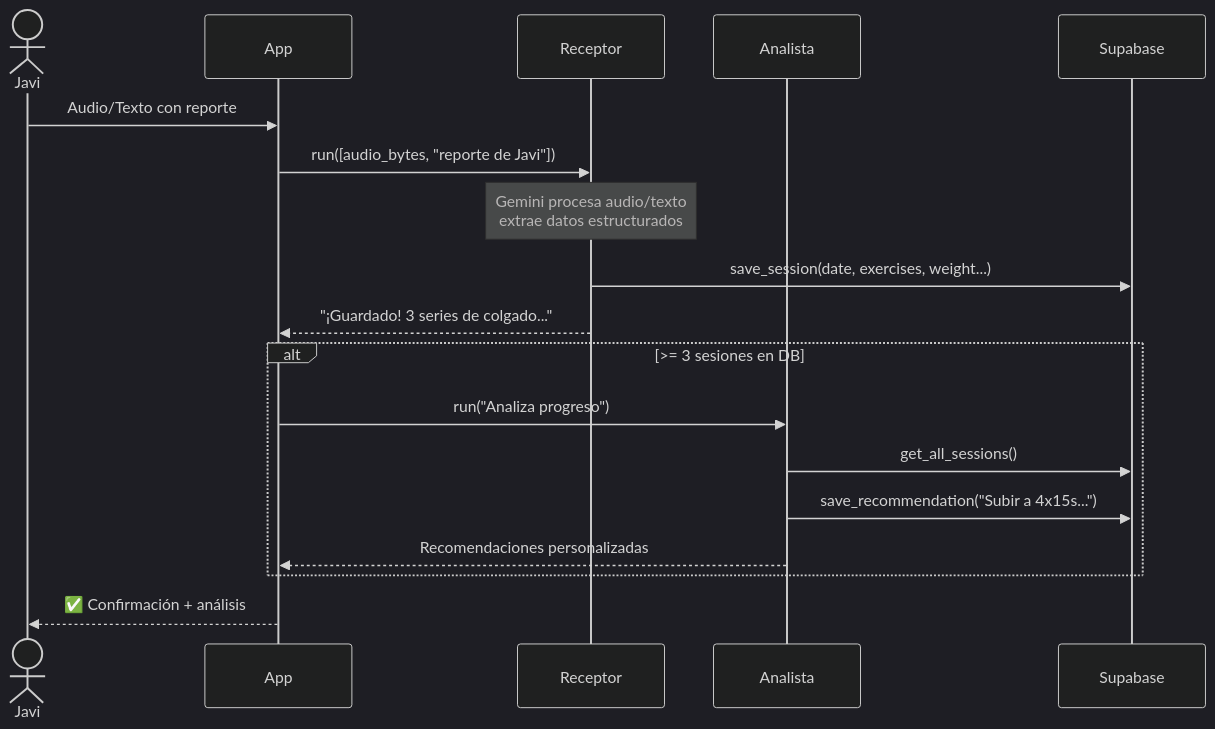
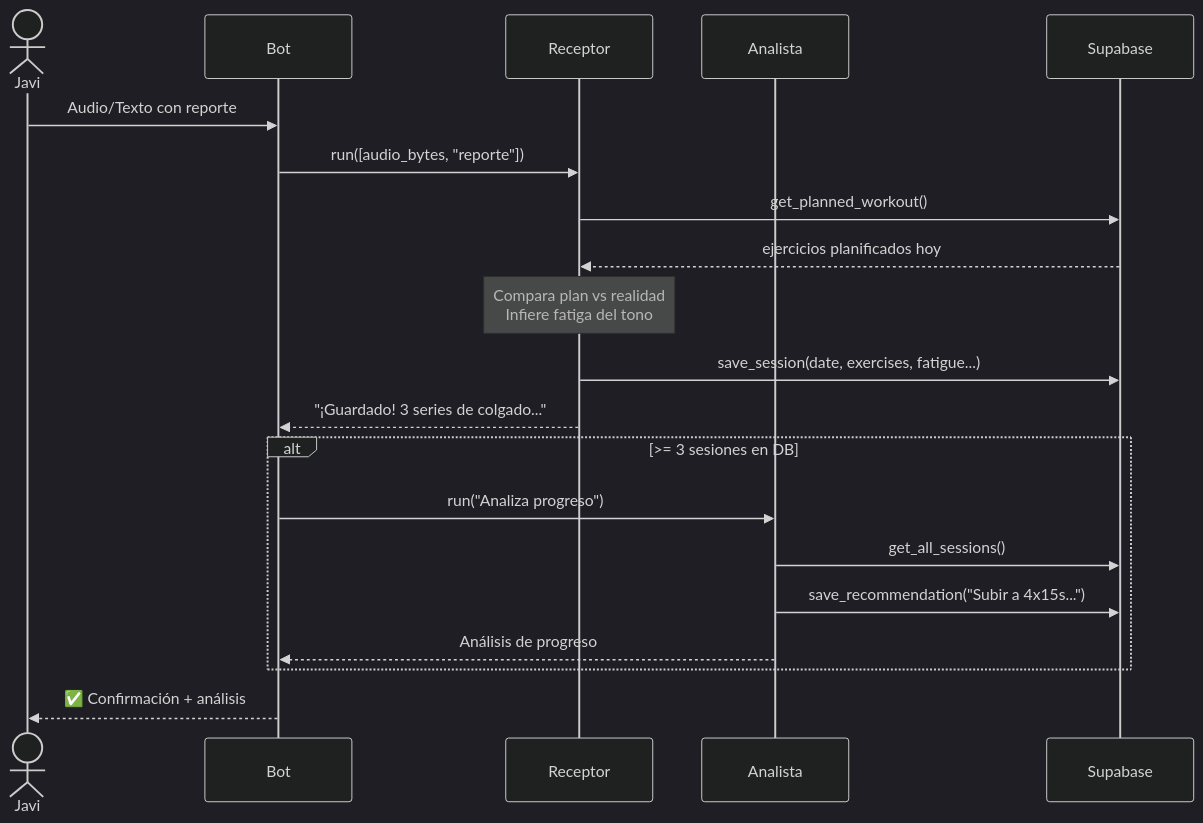
The third of 3 diagrams in README.md (JavierRubio4U/calistenia), drawn with Mermaid (dark theme) before and after one commit. The commit also changed other lines of this file and 14 other files, not shown here.

````diff
--- a/README.md
+++ b/README.md
@@ -118,23 +158,25 @@
 ```mermaid
 sequenceDiagram
     actor Javi
-    participant App
+    participant Bot
     participant Receptor
     participant Analista
     participant Supabase
 
-    Javi->>App: Audio/Texto con reporte
-    App->>Receptor: run([audio_bytes, "reporte de Javi"])
-    Note over Receptor: Gemini procesa audio/texto<br/>extrae datos estructurados
-    Receptor->>Supabase: save_session(date, exercises, weight...)
-    Receptor-->>App: "¡Guardado! 3 series de colgado..."
+    Javi->>Bot: Audio/Texto con reporte
+    Bot->>Receptor: run([audio_bytes, "reporte"])
+    Receptor->>Supabase: get_planned_workout()
+    Supabase-->>Receptor: ejercicios planificados hoy
+    Note over Receptor: Compara plan vs realidad<br/>Infiere fatiga del tono
+    Receptor->>Supabase: save_session(date, exercises, fatigue...)
+    Receptor-->>Bot: "¡Guardado! 3 series de colgado..."
     
     alt >= 3 sesiones en DB
-        App->>Analista: run("Analiza progreso")
+        Bot->>Analista: run("Analiza progreso")
         Analista->>Supabase: get_all_sessions()
         Analista->>Supabase: save_recommendation("Subir a 4x15s...")
-        Analista-->>App: Recomendaciones personalizadas
+        Analista-->>Bot: Análisis de progreso
     end
     
-    App-->>Javi: ✅ Confirmación + análisis
+    Bot-->>Javi: ✅ Confirmación + análisis
 ```
````
